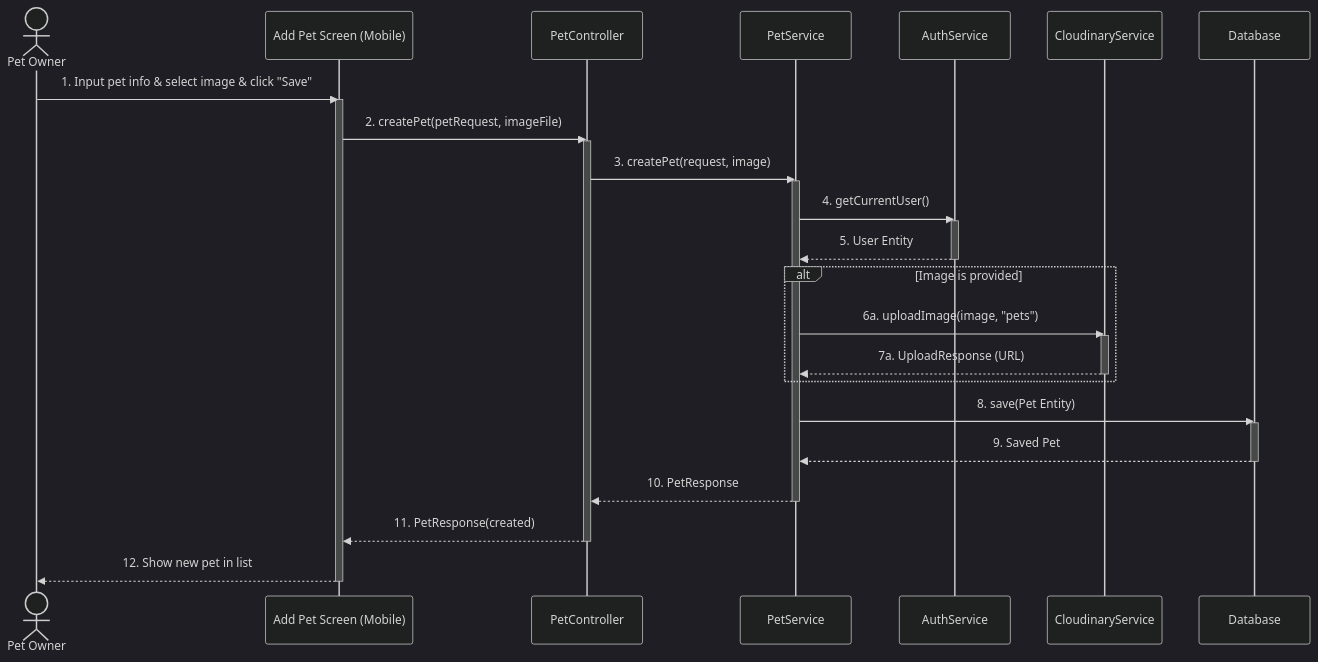
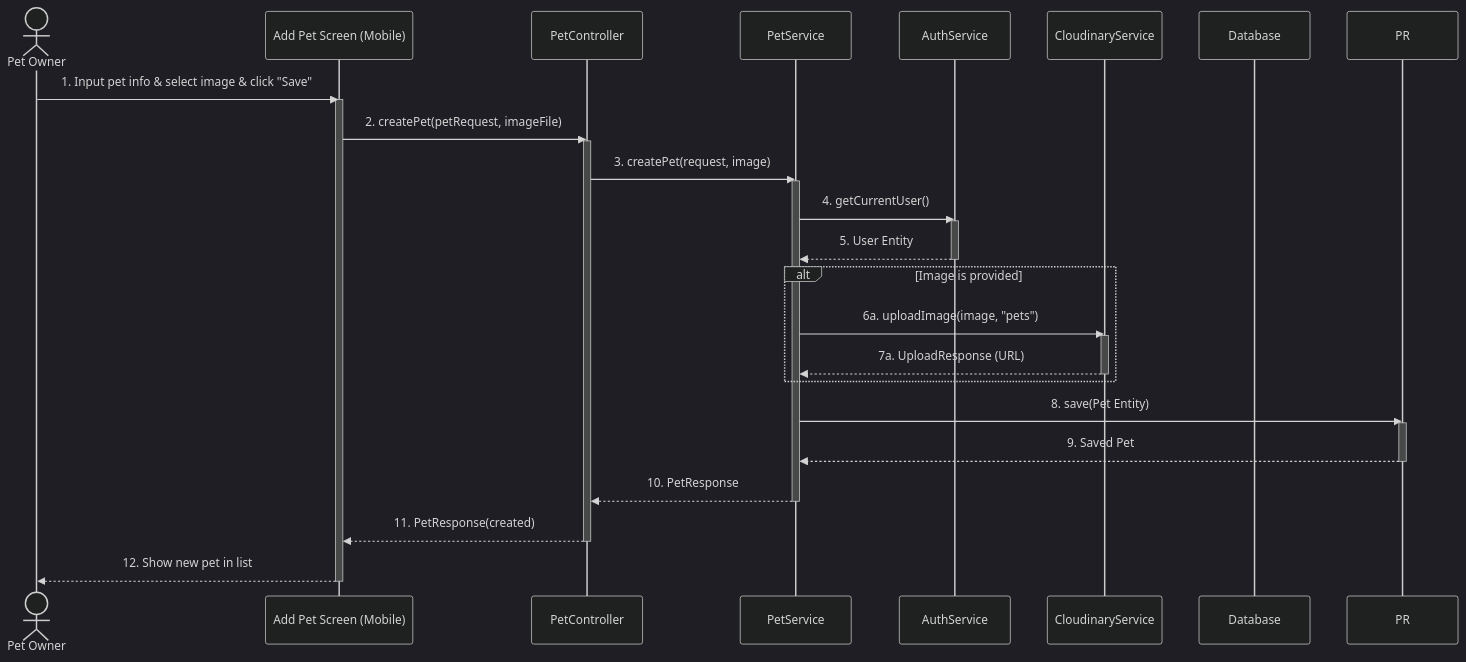
One commit to espresso23/Petties-Veterinary-Appointment-Booking-Platform changed diagram 25 of 40 in docs-references/documentation/SDD/REPORT_4_SDD_SYSTEM_DESIGN.md. Above: the diagram before and after it, drawn with Mermaid (dark theme). The commit also changed other lines of this file and 132 other files, not shown here.

````diff
--- a/docs-references/documentation/SDD/REPORT_4_SDD_SYSTEM_DESIGN.md
+++ b/docs-references/documentation/SDD/REPORT_4_SDD_SYSTEM_DESIGN.md
@@ -1384,37 +1799,37 @@
 ```mermaid
 sequenceDiagram
     actor Owner as Pet Owner
     participant UI as Add Pet Screen (Mobile)
     participant PC as PetController
     participant PS as PetService
     participant AS as AuthService
     participant CS as CloudinaryService
     participant DB as Database
 
     Owner->>UI: 1. Input pet info & select image & click "Save"
     activate UI
     UI->>PC: 2. createPet(petRequest, imageFile)
     activate PC
     PC->>PS: 3. createPet(request, image)
     activate PS
     PS->>AS: 4. getCurrentUser()
     activate AS
     AS-->>PS: 5. User Entity
     deactivate AS
     alt Image is provided
         PS->>CS: 6a. uploadImage(image, "pets")
         activate CS
         CS-->>PS: 7a. UploadResponse (URL)
         deactivate CS
     end
-    PS->>DB: 8. save(Pet Entity)
-    activate DB
-    DB-->>PS: 9. Saved Pet
-    deactivate DB
+    PS->>PR: 8. save(Pet Entity)
+    activate PR
+    PR-->>PS: 9. Saved Pet
+    deactivate PR
     PS-->>PC: 10. PetResponse
     deactivate PS
     PC-->>UI: 11. PetResponse(created)
     deactivate PC
     UI-->>Owner: 12. Show new pet in list
     deactivate UI
 ```
````
